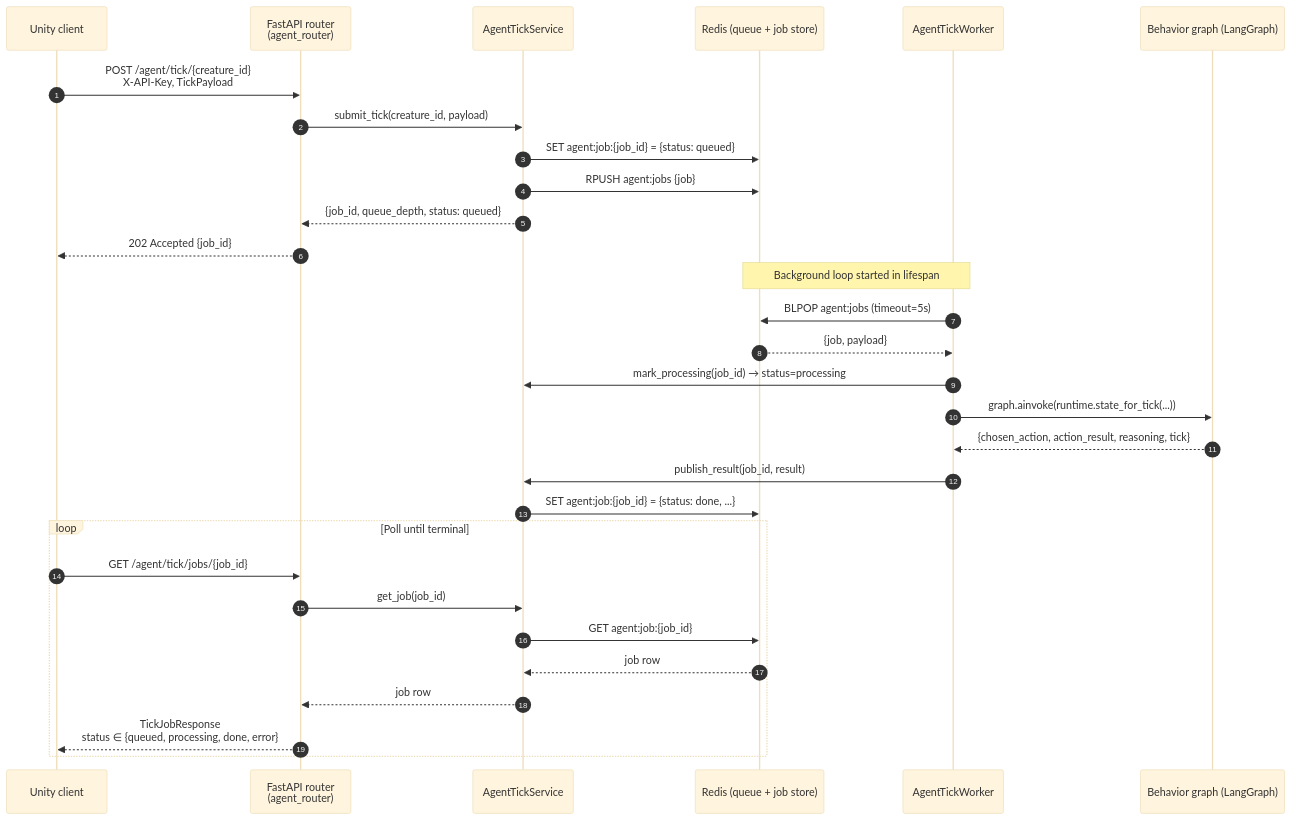
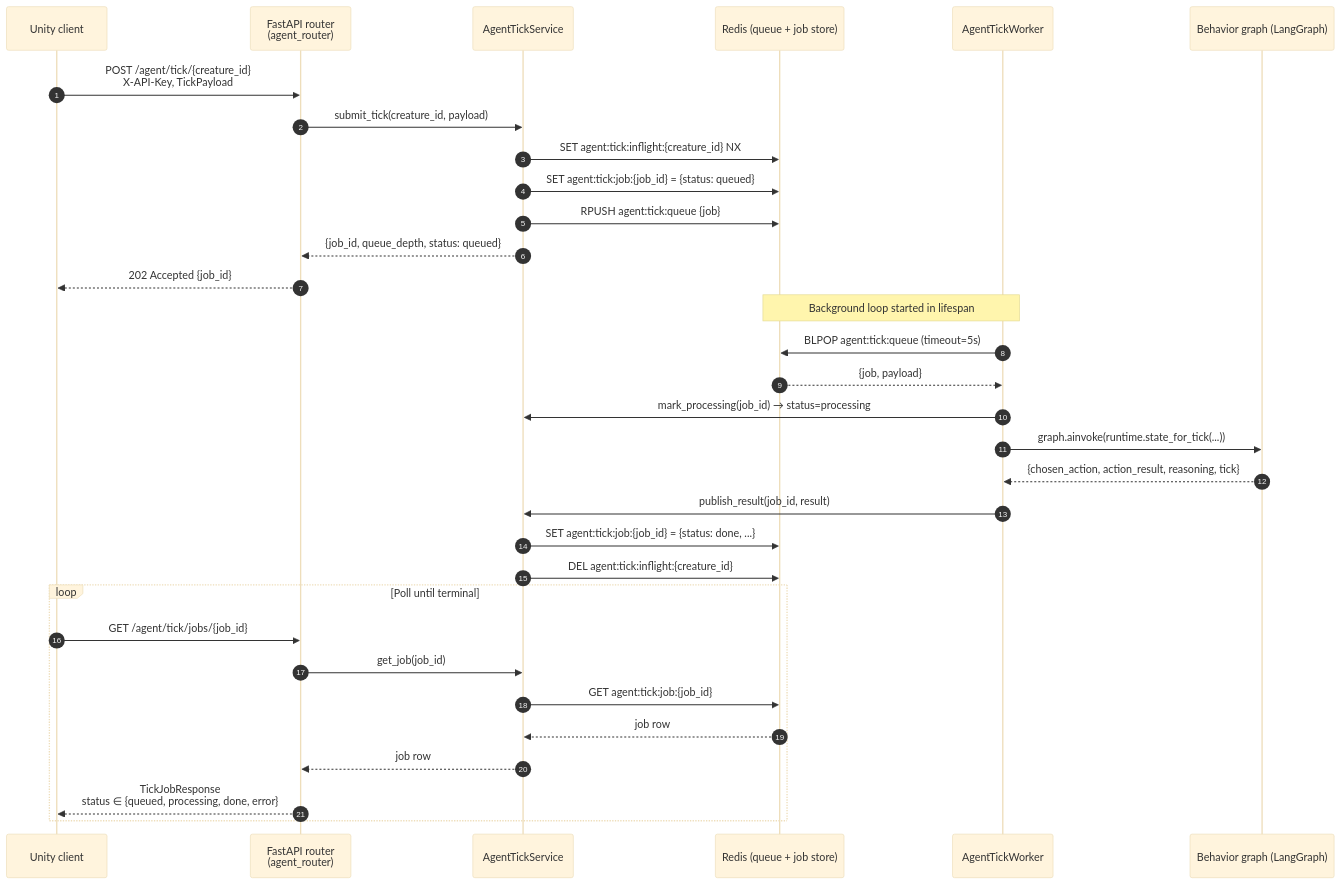
One commit to MewiLab/mewi changed the diagram in docs/decisions/ADR-002-unity-backend-tick-protocol.md. Above: the diagram before and after it, drawn with Mermaid (base theme). The commit also changed other lines of this file and 128 other files, not shown here.

Commit message:
modifed backend to one websocket and handling the architecture and also python

````diff
--- a/docs/decisions/ADR-002-unity-backend-tick-protocol.md
+++ b/docs/decisions/ADR-002-unity-backend-tick-protocol.md
@@ -39,35 +44,37 @@
 ```mermaid
 sequenceDiagram
     autonumber
     participant U as Unity client
     participant R as FastAPI router<br/>(agent_router)
     participant S as AgentTickService
     participant Q as Redis (queue + job store)
     participant W as AgentTickWorker
     participant G as Behavior graph (LangGraph)
 
     U->>R: POST /agent/tick/{creature_id}<br/>X-API-Key, TickPayload
     R->>S: submit_tick(creature_id, payload)
-    S->>Q: SET agent:job:{job_id} = {status: queued}
-    S->>Q: RPUSH agent:jobs {job}
+    S->>Q: SET agent:tick:inflight:{creature_id} NX
+    S->>Q: SET agent:tick:job:{job_id} = {status: queued}
+    S->>Q: RPUSH agent:tick:queue {job}
     S-->>R: {job_id, queue_depth, status: queued}
     R-->>U: 202 Accepted {job_id}
 
     Note over W,Q: Background loop started in lifespan
-    W->>Q: BLPOP agent:jobs (timeout=5s)
+    W->>Q: BLPOP agent:tick:queue (timeout=5s)
     Q-->>W: {job, payload}
     W->>S: mark_processing(job_id) → status=processing
     W->>G: graph.ainvoke(runtime.state_for_tick(...))
     G-->>W: {chosen_action, action_result, reasoning, tick}
     W->>S: publish_result(job_id, result)
-    S->>Q: SET agent:job:{job_id} = {status: done, ...}
+    S->>Q: SET agent:tick:job:{job_id} = {status: done, ...}
+    S->>Q: DEL agent:tick:inflight:{creature_id}
 
     loop Poll until terminal
         U->>R: GET /agent/tick/jobs/{job_id}
         R->>S: get_job(job_id)
-        S->>Q: GET agent:job:{job_id}
+        S->>Q: GET agent:tick:job:{job_id}
         Q-->>S: job row
         S-->>R: job row
         R-->>U: TickJobResponse<br/>status ∈ {queued, processing, done, error}
     end
 ```
````
